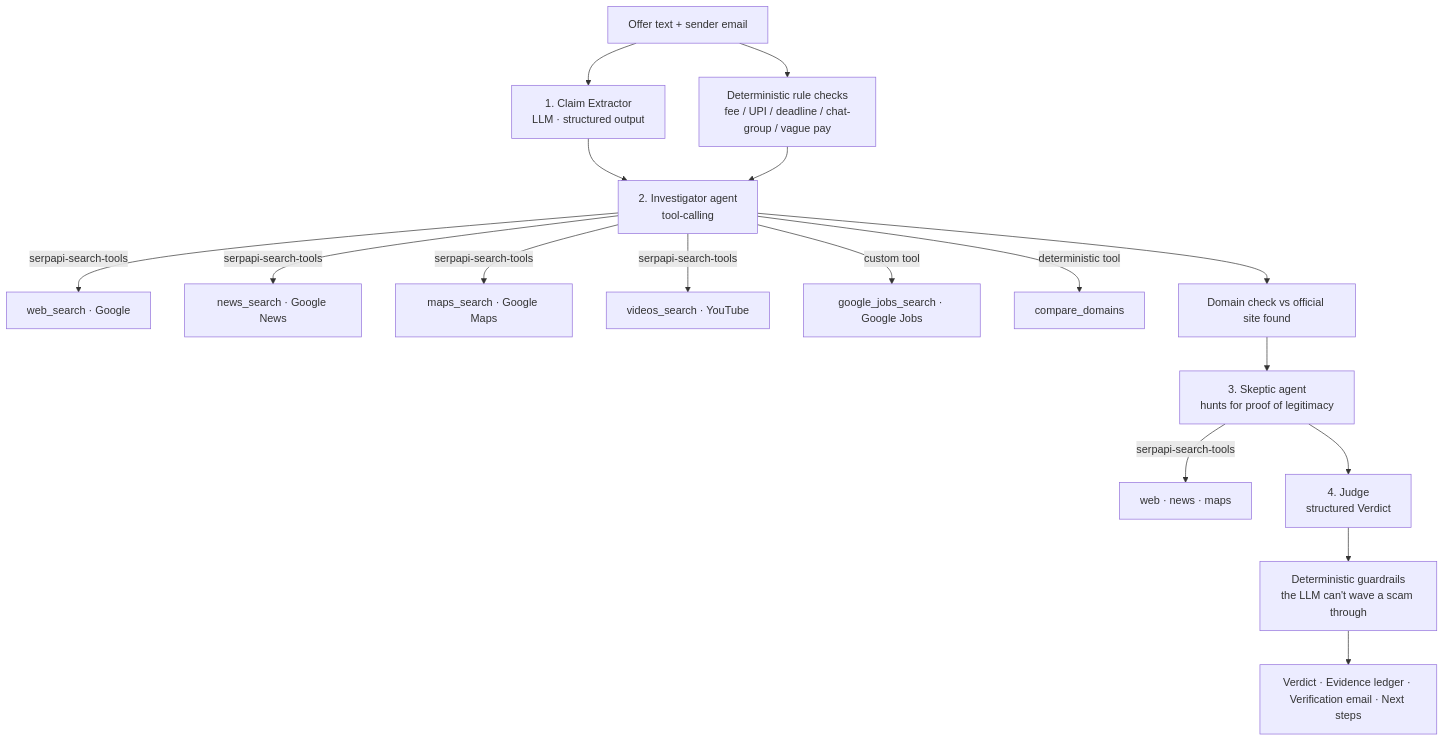
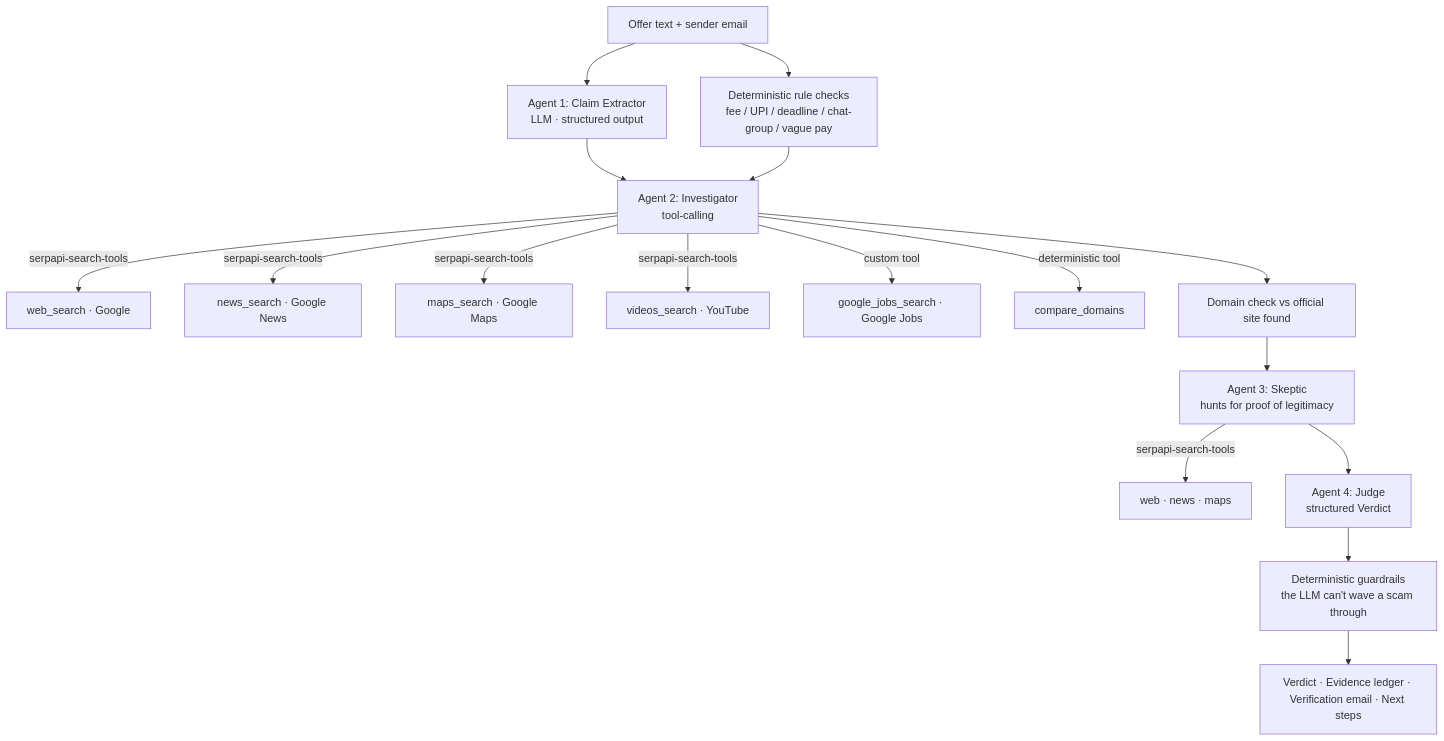
One commit to codebyAtharva09/touchstone changed the diagram in README.md. Above: the diagram before and after it, drawn with Mermaid. The commit also changed other lines of this file and 1 other file, not shown here.

Commit message:
README: show architecture diagram as an image; fix agent labels

````diff
--- a/README.md
+++ b/README.md
@@ -33,19 +38,19 @@
 ```mermaid
 flowchart TD
-    A[Offer text + sender email] --> B[1. Claim Extractor<br/>LLM · structured output]
+    A[Offer text + sender email] --> B[Agent 1: Claim Extractor<br/>LLM · structured output]
     A --> C[Deterministic rule checks<br/>fee / UPI / deadline / chat-group / vague pay]
-    B --> D[2. Investigator agent<br/>tool-calling]
+    B --> D[Agent 2: Investigator<br/>tool-calling]
     C --> D
     D -->|serpapi-search-tools| W[web_search · Google]
     D -->|serpapi-search-tools| N[news_search · Google News]
     D -->|serpapi-search-tools| M[maps_search · Google Maps]
     D -->|serpapi-search-tools| Y[videos_search · YouTube]
     D -->|custom tool| J[google_jobs_search · Google Jobs]
     D -->|deterministic tool| DC[compare_domains]
     D --> E[Domain check vs official site found]
-    E --> F[3. Skeptic agent<br/>hunts for proof of legitimacy]
+    E --> F[Agent 3: Skeptic<br/>hunts for proof of legitimacy]
     F -->|serpapi-search-tools| W2[web · news · maps]
-    F --> G[4. Judge<br/>structured Verdict]
+    F --> G[Agent 4: Judge<br/>structured Verdict]
     G --> H[Deterministic guardrails<br/>the LLM can't wave a scam through]
     H --> I[Verdict · Evidence ledger · Verification email · Next steps]
 ```
````
